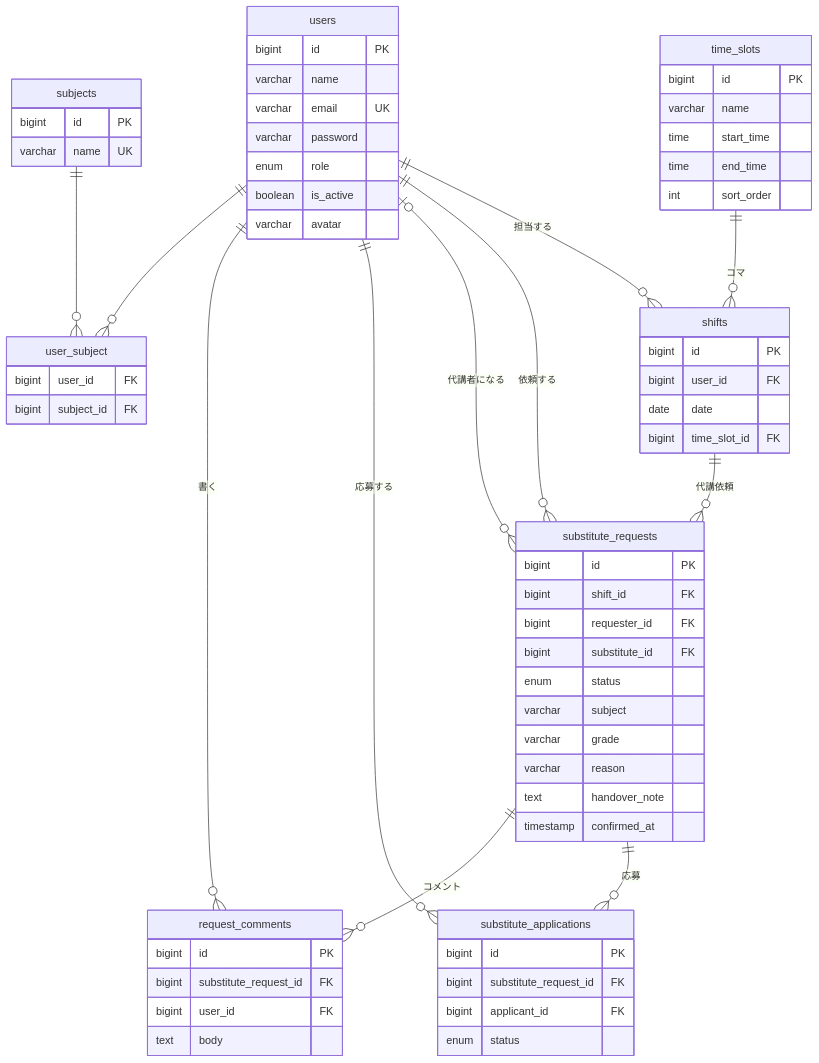
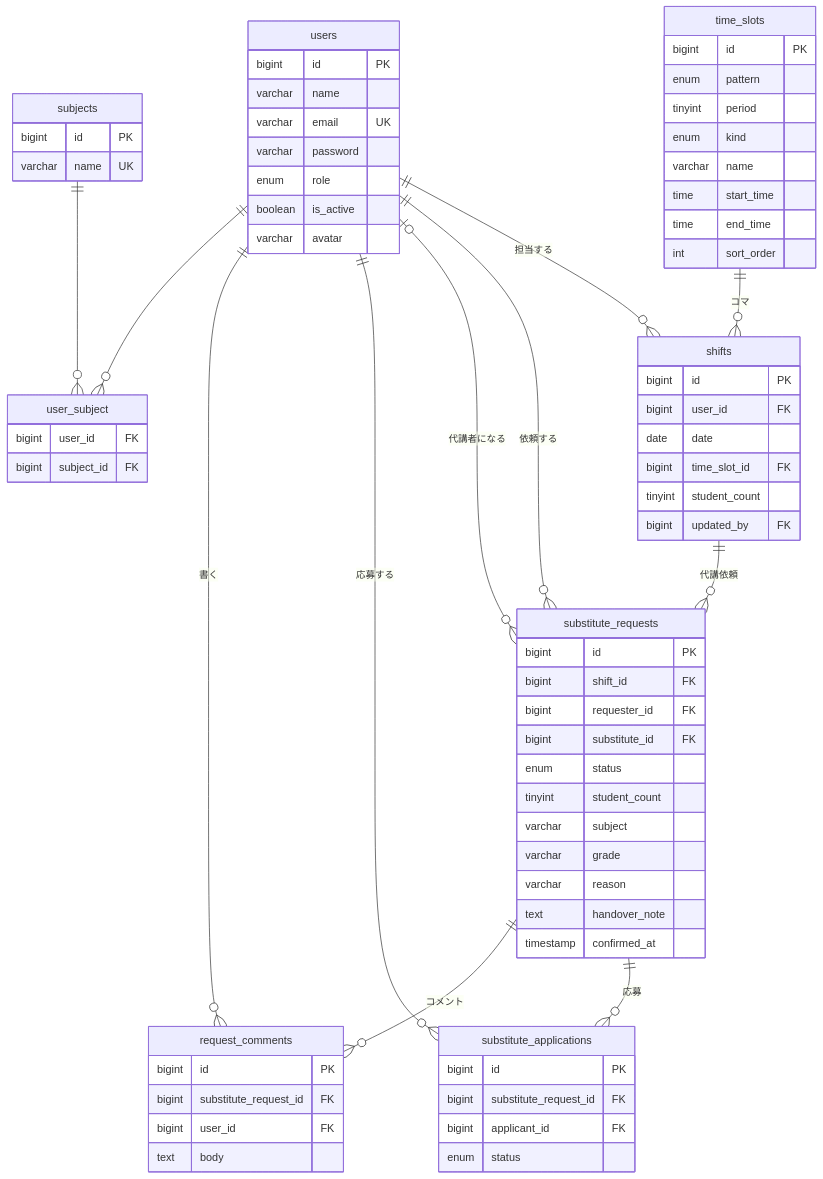
One commit to tomoki-omigawa-tech/daikolink changed the diagram in docs/design/02_database-design.md. Above: the diagram before and after it, drawn with Mermaid. The commit also changed other lines of this file and 30 other files, not shown here.

````diff
--- a/docs/design/02_database-design.md
+++ b/docs/design/02_database-design.md
@@ -4,69 +4,75 @@
 ```mermaid
 erDiagram
     users ||--o{ shifts : "担当する"
     time_slots ||--o{ shifts : "コマ"
     shifts ||--o{ substitute_requests : "代講依頼"
     users ||--o{ substitute_requests : "依頼する"
     users |o--o{ substitute_requests : "代講者になる"
     substitute_requests ||--o{ substitute_applications : "応募"
     users ||--o{ substitute_applications : "応募する"
     substitute_requests ||--o{ request_comments : "コメント"
     users ||--o{ request_comments : "書く"
     users ||--o{ user_subject : ""
     subjects ||--o{ user_subject : ""
 
     users {
         bigint id PK
         varchar name
         varchar email UK
         varchar password
         enum role
         boolean is_active
         varchar avatar
     }
     time_slots {
         bigint id PK
+        enum pattern
+        tinyint period
+        enum kind
         varchar name
         time start_time
         time end_time
         int sort_order
     }
     shifts {
         bigint id PK
         bigint user_id FK
         date date
         bigint time_slot_id FK
+        tinyint student_count
+        bigint updated_by FK
     }
     substitute_requests {
         bigint id PK
         bigint shift_id FK
         bigint requester_id FK
         bigint substitute_id FK
         enum status
+        tinyint student_count
         varchar subject
         varchar grade
         varchar reason
         text handover_note
         timestamp confirmed_at
     }
     substitute_applications {
         bigint id PK
         bigint substitute_request_id FK
         bigint applicant_id FK
         enum status
     }
     request_comments {
         bigint id PK
         bigint substitute_request_id FK
         bigint user_id FK
         text body
     }
     subjects {
         bigint id PK
         varchar name UK
     }
     user_subject {
         bigint user_id FK
         bigint subject_id FK
     }
 ```
````
